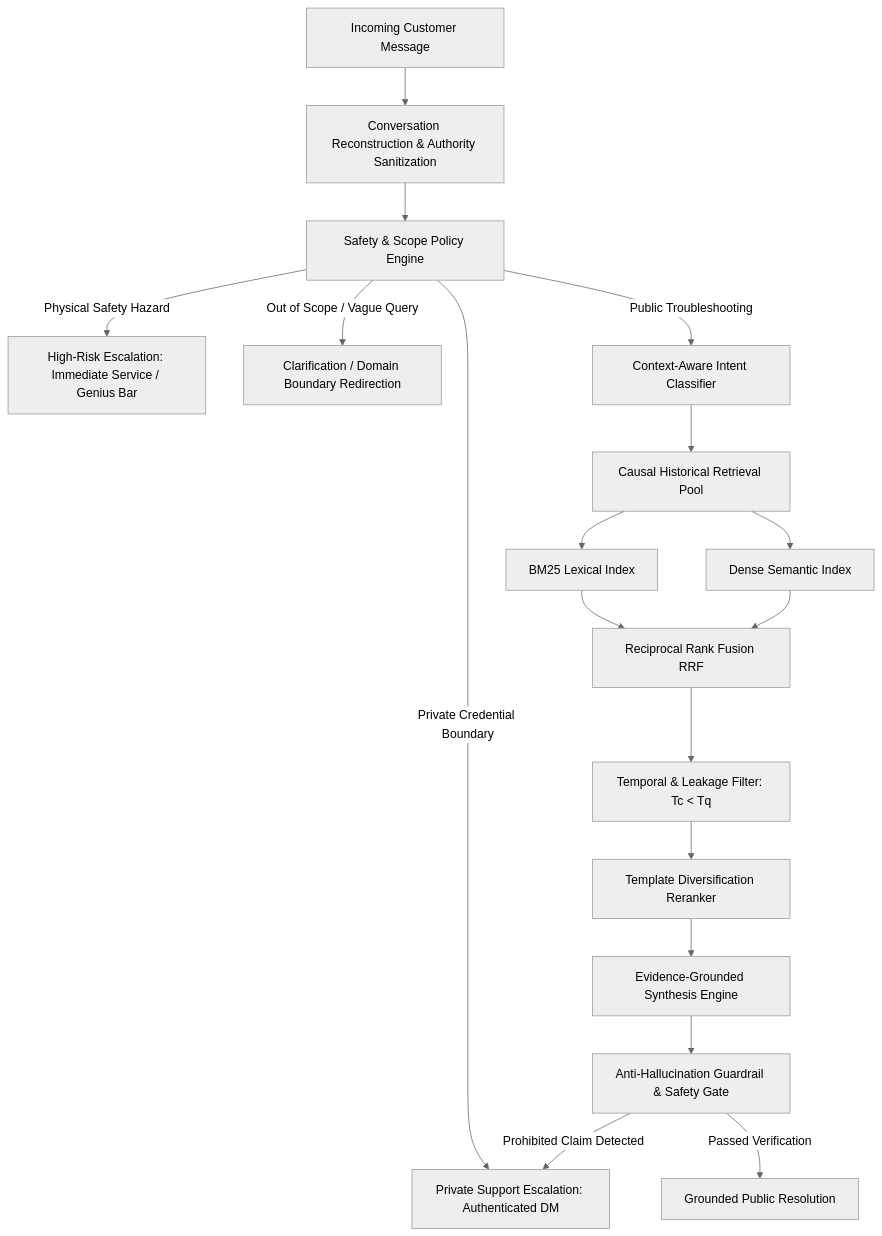
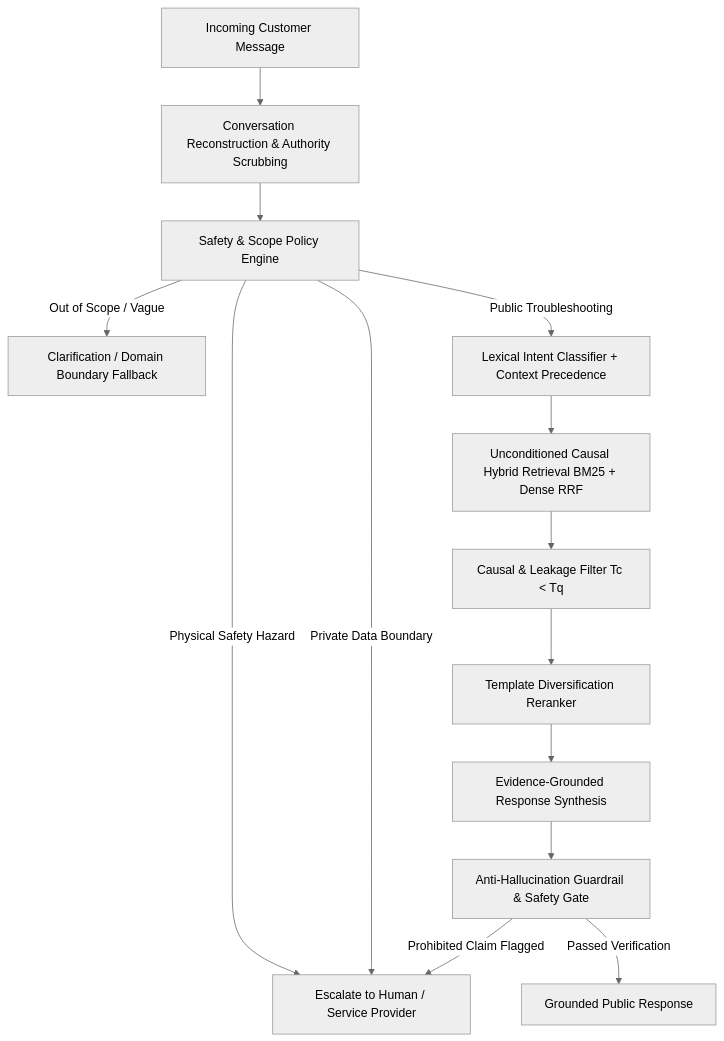
The diagram in README.md (mugenkyou/support-agent), drawn with Mermaid (neutral theme) before and after one commit. The commit also changed other lines of this file, not shown here.

Commit message:
docs: perform final README refactor for high-signal reviewer navigation

````diff
--- a/README.md
+++ b/README.md
@@ -75,24 +70,19 @@
 ```mermaid
 flowchart TD
-    A[Incoming Customer Message] --> B[Conversation Reconstruction & Authority Sanitization]
+    A[Incoming Customer Message] --> B[Conversation Reconstruction & Authority Scrubbing]
     B --> C[Safety & Scope Policy Engine]
-    
-    C -->|Physical Safety Hazard| N1[High-Risk Escalation: Immediate Service / Genius Bar]
-    C -->|Private Credential Boundary| N2[Private Support Escalation: Authenticated DM]
-    C -->|Out of Scope / Vague Query| O[Clarification / Domain Boundary Redirection]
-    C -->|Public Troubleshooting| D[Context-Aware Intent Classifier]
-    
-    D --> E[Causal Historical Retrieval Pool]
-    E --> F[BM25 Lexical Index]
-    E --> G[Dense Semantic Index]
-    F --> H[Reciprocal Rank Fusion RRF]
-    G --> H
-    
-    H --> I[Temporal & Leakage Filter: Tc < Tq]
-    I --> J[Template Diversification Reranker]
-    J --> K[Evidence-Grounded Synthesis Engine]
-    K --> L[Anti-Hallucination Guardrail & Safety Gate]
-    
-    L -->|Passed Verification| M[Grounded Public Resolution]
-    L -->|Prohibited Claim Detected| N2
+
+    C -->|Physical Safety Hazard| N[Escalate to Human / Service Provider]
+    C -->|Private Data Boundary| N
+    C -->|Out of Scope / Vague| O[Clarification / Domain Boundary Fallback]
+    C -->|Public Troubleshooting| D[Lexical Intent Classifier + Context Precedence]
+
+    D --> E[Unconditioned Causal Hybrid Retrieval BM25 + Dense RRF]
+    E --> F[Causal & Leakage Filter Tc < Tq]
+    F --> G[Template Diversification Reranker]
+    G --> H[Evidence-Grounded Response Synthesis]
+    H --> I[Anti-Hallucination Guardrail & Safety Gate]
+
+    I -->|Passed Verification| M[Grounded Public Response]
+    I -->|Prohibited Claim Flagged| N
 ```
````
